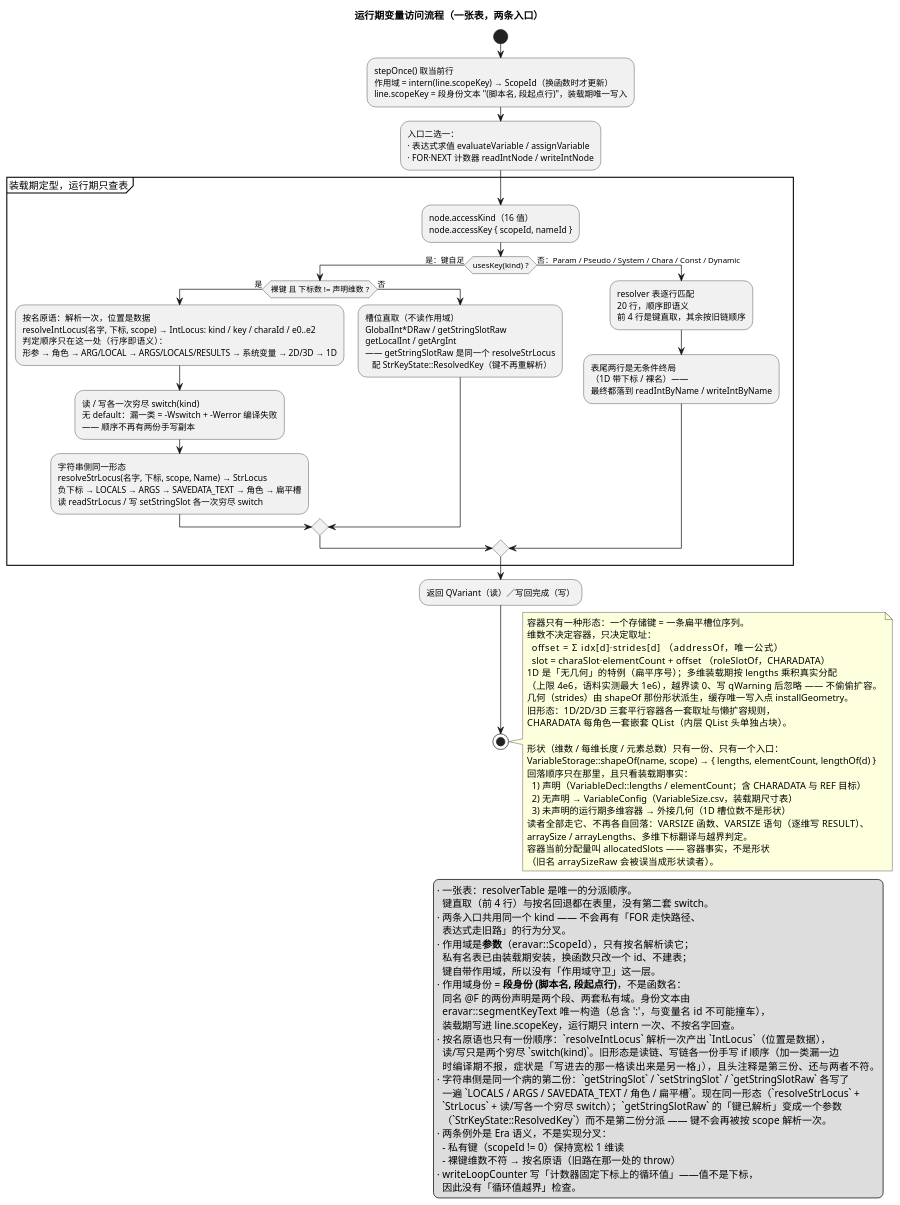
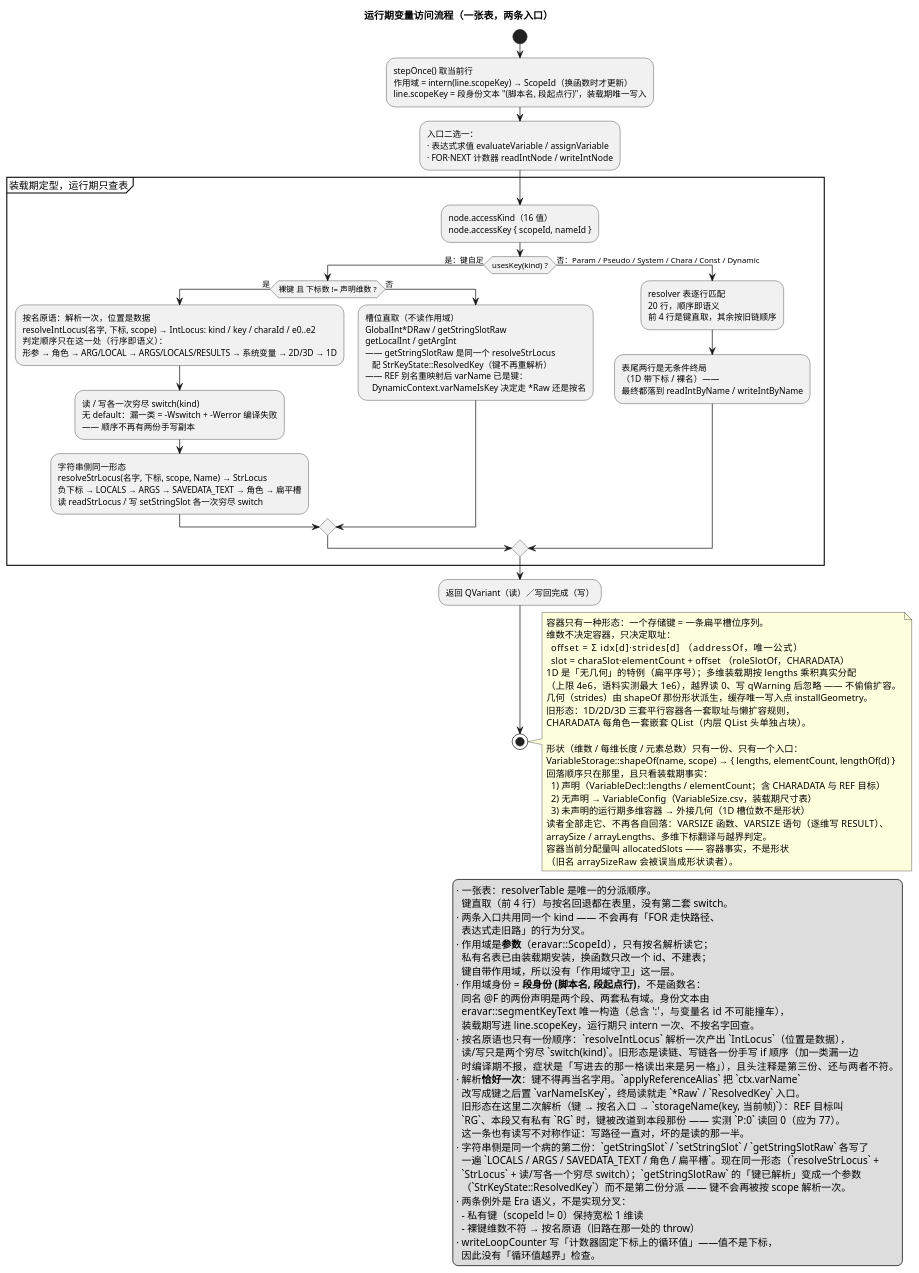
Before and after one commit to yigekuyou/qt-eraemu: the diagram in docs/uml/05-variable-access.puml, drawn with PlantUML. The commit also changed 2 other files, not shown here.

Commit message:
docs/uml 同步：键不得再当名字解析（varNameIsKey）
03：ExpressionEvaluator 增 DynamicContext.varNameIsKey 与「终局读二选一」；
note 增「解析恰好一次」与旧形态二次解析的机制（REF 目标撞本段私有名 → 读回 0）。
05：槽位直取框注明 varNameIsKey 决定 Raw / 按名；legend 增同一条 + 读写不对称作证。
README：口径增「键不得再当名字解析（bug 修复，不是等价重构）」，累计 39、ctest 65。

```diff
--- a/docs/uml/05-variable-access.puml
+++ b/docs/uml/05-variable-access.puml
@@ -1,100 +1,107 @@
 @startuml 05-variable-access
 ' 无 graphviz(dot) 时用 PlantUML 内置 smetana 布局引擎
 !pragma layout smetana
 ' 竖直排列 if/elseif，避免横向漂移（旧版本忽略此行也能渲染）
 !pragma useVerticalIf on
 ' emuera —— 运行期变量访问：两条入口 → 一张表 → 唯一按名原语
 ' 渲染：plantuml -tpng docs/uml/05-variable-access.puml
 title 运行期变量访问流程（一张表，两条入口）
 
 start
 :stepOnce() 取当前行
 作用域 = intern(line.scopeKey) → ScopeId（换函数时才更新）
 line.scopeKey = 段身份文本 "(脚本名, 段起点行)"，装载期唯一写入;
 :入口二选一：
 · 表达式求值 evaluateVariable / assignVariable
 · FOR·NEXT 计数器 readIntNode / writeIntNode;
 
 partition "装载期定型，运行期只查表" {
   :node.accessKind（16 值）
   node.accessKey { scopeId, nameId };
   if (usesKey(kind) ?) then (是：键自足)
     if (裸键 且 下标数 != 声明维数 ?) then (是)
       :按名原语：解析一次，位置是数据
       resolveIntLocus(名字, 下标, scope) → IntLocus: kind / key / charaId / e0..e2
       判定顺序只在这一处（行序即语义）：
       形参 → 角色 → ARG/LOCAL → ARGS/LOCALS/RESULTS → 系统变量 → 2D/3D → 1D;
       :读 / 写各一次穷尽 switch(kind)
       无 default：漏一类 = -Wswitch + -Werror 编译失败
       —— 顺序不再有两份手写副本;
       :字符串侧同一形态
       resolveStrLocus(名字, 下标, scope, Name) → StrLocus
       负下标 → LOCALS → ARGS → SAVEDATA_TEXT → 角色 → 扁平槽
       读 readStrLocus / 写 setStringSlot 各一次穷尽 switch;
     else (否)
       :槽位直取（不读作用域）
       GlobalInt*DRaw / getStringSlotRaw
       getLocalInt / getArgInt
       —— getStringSlotRaw 是同一个 resolveStrLocus
-         配 StrKeyState::ResolvedKey（键不再重解析）;
+         配 StrKeyState::ResolvedKey（键不再重解析）
+      —— REF 别名重映射后 varName 已是键：
+         DynamicContext.varNameIsKey 决定走 *Raw 还是按名;
     endif
   else (否：Param / Pseudo / System / Chara / Const / Dynamic)
     :resolver 表逐行匹配
     20 行，顺序即语义
     前 4 行是键直取，其余按旧链顺序;
     :表尾两行是无条件终局
     （1D 带下标 / 裸名）——
     最终都落到 readIntByName / writeIntByName;
   endif
 }
 :返回 QVariant（读）／写回完成（写）;
 stop
 
 legend right
   · 一张表：resolverTable 是唯一的分派顺序。
     键直取（前 4 行）与按名回退都在表里，没有第二套 switch。
   · 两条入口共用同一个 kind —— 不会再有「FOR 走快路径、
     表达式走旧路」的行为分叉。
   · 作用域是**参数**（eravar::ScopeId），只有按名解析读它；
     私有名表已由装载期安装，换函数只改一个 id、不建表；
     键自带作用域，所以没有「作用域守卫」这一层。
   · 作用域身份 = **段身份 (脚本名, 段起点行)**，不是函数名：
     同名 @F 的两份声明是两个段、两套私有域。身份文本由
     eravar::segmentKeyText 唯一构造（总含 ':'，与变量名 id 不可能撞车），
     装载期写进 line.scopeKey，运行期只 intern 一次、不按名字回查。
   · 按名原语也只有一份顺序：`resolveIntLocus` 解析一次产出 `IntLocus`（位置是数据），
     读/写只是两个穷尽 `switch(kind)`。旧形态是读链、写链各一份手写 if 顺序（加一类漏一边
     时编译期不报，症状是「写进去的那一格读出来是另一格」），且头注释是第三份、还与两者不符。
+  · 解析**恰好一次**：键不得再当名字用。`applyReferenceAlias` 把 `ctx.varName`
+    改写成键之后置 `varNameIsKey`，终局读就走 `*Raw` / `ResolvedKey` 入口。
+    旧形态在这里二次解析（键 → 按名入口 → `storageName(key, 当前帧)`）：REF 目标叫
+    `RG`、本段又有私有 `RG` 时，键被改道到本段那份 —— 实测 `P:0` 读回 0（应为 77）。
+    这一条也有读写不对称作证：写路径一直对，坏的是读的那一半。
   · 字符串侧是同一个病的第二份：`getStringSlot` / `setStringSlot` / `getStringSlotRaw` 各写了
     一遍 `LOCALS / ARGS / SAVEDATA_TEXT / 角色 / 扁平槽`。现在同一形态（`resolveStrLocus` +
     `StrLocus` + 读/写各一个穷尽 switch）；`getStringSlotRaw` 的「键已解析」变成一个参数
     （`StrKeyState::ResolvedKey`）而不是第二份分派 —— 键不会再被按 scope 解析一次。
   · 两条例外是 Era 语义，不是实现分叉：
     - 私有键（scopeId != 0）保持宽松 1 维读
     - 裸键维数不符 → 按名原语（旧路在那一处的 throw）
   · writeLoopCounter 写「计数器固定下标上的循环值」——值不是下标，
     因此没有「循环值越界」检查。
 endlegend
 note right
   容器只有一种形态：一个存储键 = 一条扁平槽位序列。
   维数不决定容器，只决定取址：
     offset = Σ idx[d]·strides[d]             （addressOf，唯一公式）
     slot   = charaSlot·elementCount + offset （roleSlotOf，CHARADATA）
   1D 是「无几何」的特例（扁平序号）；多维装载期按 lengths 乘积真实分配
   （上限 4e6，语料实测最大 1e6），越界读 0、写 qWarning 后忽略 —— 不偷偷扩容。
   几何（strides）由 shapeOf 那份形状派生，缓存唯一写入点 installGeometry。
   旧形态：1D/2D/3D 三套平行容器各一套取址与懒扩容规则，
   CHARADATA 每角色一套嵌套 QList（内层 QList 头单独占块）。
 
   形状（维数 / 每维长度 / 元素总数）只有一份、只有一个入口：
   VariableStorage::shapeOf(name, scope) → { lengths, elementCount, lengthOf(d) }
   回落顺序只在那里，且只看装载期事实：
     1) 声明（VariableDecl::lengths / elementCount；含 CHARADATA 与 REF 目标）
     2) 无声明 → VariableConfig（VariableSize.csv，装载期尺寸表）
     3) 未声明的运行期多维容器 → 外接几何（1D 槽位数不是形状）
   读者全部走它、不再各自回落：VARSIZE 函数、VARSIZE 语句（逐维写 RESULT）、
   arraySize / arrayLengths、多维下标翻译与越界判定。
   容器当前分配量叫 allocatedSlots —— 容器事实，不是形状
   （旧名 arraySizeRaw 会被误当成形状读者）。
 end note
 @enduml
```
